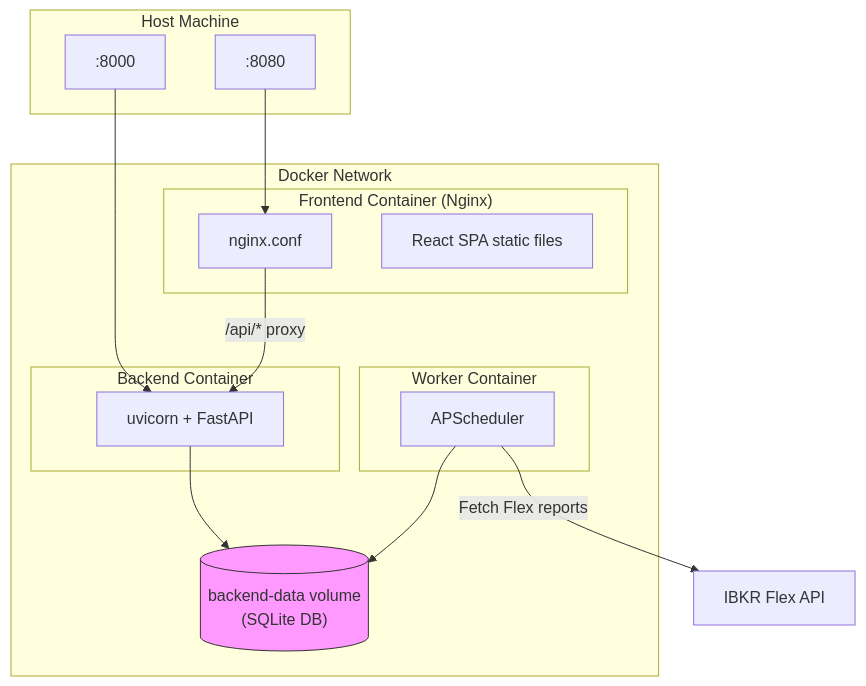
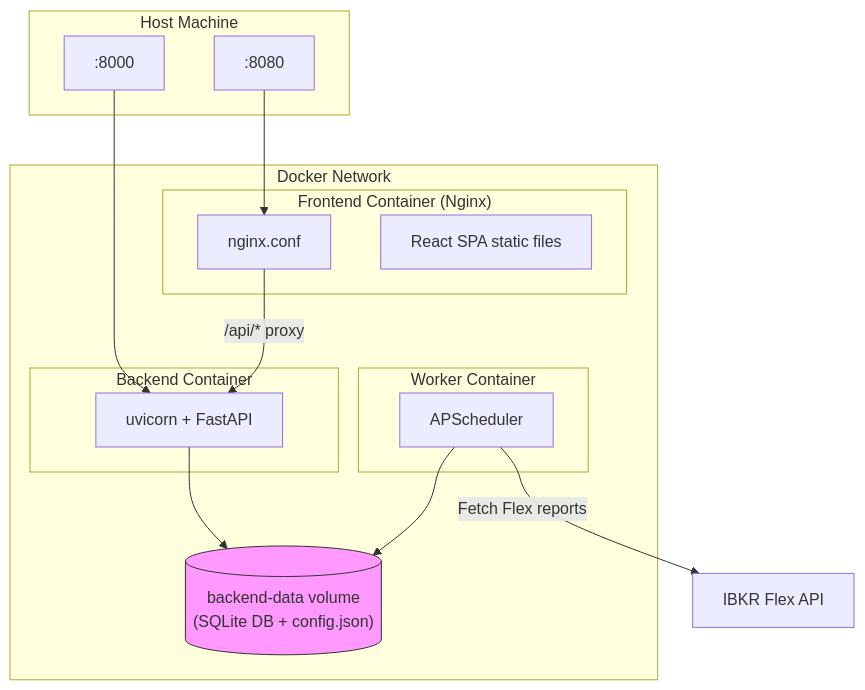
The diagram in docs/docs/deployment/docker.md (XUranus/ibkr-dash), drawn with Mermaid before and after one commit. The commit also changed other lines of this file and 6 other files, not shown here.

````diff
--- a/docs/docs/deployment/docker.md
+++ b/docs/docs/deployment/docker.md
@@ -14,30 +14,30 @@
 ```mermaid
 graph TB
     subgraph Host["Host Machine"]
         P8080[":8080"]
         P8000[":8000"]
     end
 
     subgraph DockerNetwork["Docker Network"]
         subgraph Frontend["Frontend Container (Nginx)"]
             NGINX["nginx.conf"]
             STATIC["React SPA static files"]
         end
         subgraph Backend["Backend Container"]
             UVICORN["uvicorn + FastAPI"]
         end
         subgraph Worker["Worker Container"]
             SCHEDULER["APScheduler"]
         end
-        VOLUME[("backend-data volume<br/>(SQLite DB)")]
+        VOLUME[("backend-data volume<br/>(SQLite DB + config.json)")]
     end
 
     P8080 --> NGINX
     P8000 --> UVICORN
     NGINX -->|"/api/* proxy"| UVICORN
     UVICORN --> VOLUME
     SCHEDULER --> VOLUME
     SCHEDULER -->|Fetch Flex reports| IBKR["IBKR Flex API"]
 
     style VOLUME fill:#f9f,stroke:#333
 ```
````
